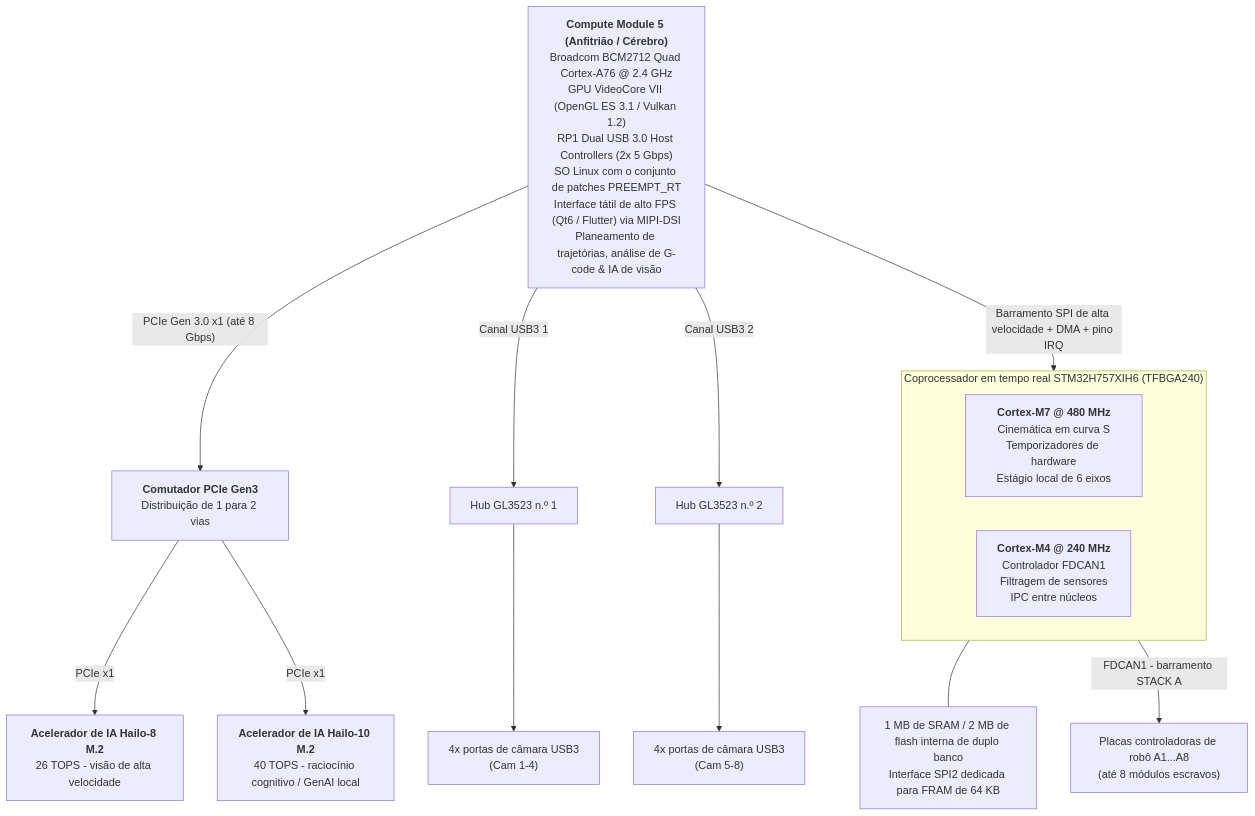
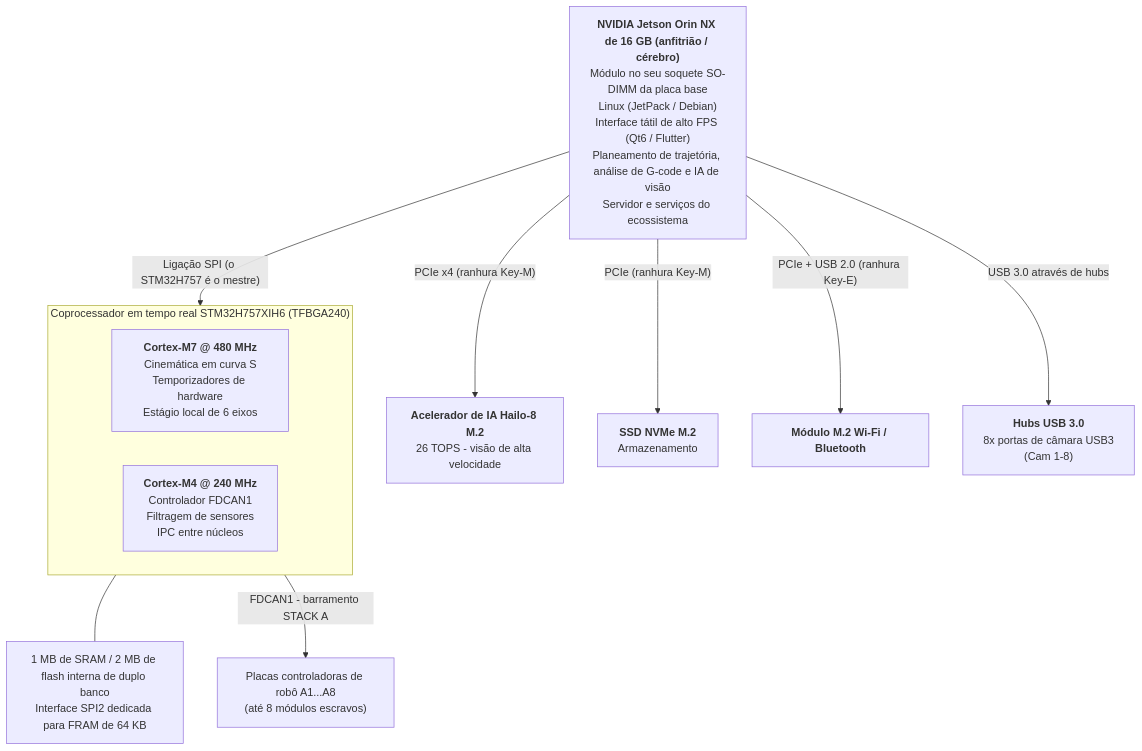
The first of 3 diagrams in README_por.md (JuanenRac/HYDRA-UMC), drawn with Mermaid before and after one commit. The commit also changed other lines of this file and 8 other files, not shown here.

Commit message:
Draw the Jetson baseboard in the README block diagram and feature list

````diff
--- a/README_por.md
+++ b/README_por.md
@@ -93,24 +95,21 @@
 ```mermaid
 flowchart TB
-    CM5["<b>Compute Module 5 (Anfitrião / Cérebro)</b><br/>Broadcom BCM2712 Quad Cortex-A76 @ 2.4 GHz<br/>GPU VideoCore VII (OpenGL ES 3.1 / Vulkan 1.2)<br/>RP1 Dual USB 3.0 Host Controllers (2x 5 Gbps)<br/>SO Linux com o conjunto de patches PREEMPT_RT<br/>Interface tátil de alto FPS (Qt6 / Flutter) via MIPI-DSI<br/>Planeamento de trajetórias, análise de G-code &amp; IA de visão"]
+    JETSON["<b>NVIDIA Jetson Orin NX de 16 GB (anfitrião / cérebro)</b><br/>Módulo no seu soquete SO-DIMM da placa base<br/>Linux (JetPack / Debian)<br/>Interface tátil de alto FPS (Qt6 / Flutter)<br/>Planeamento de trajetória, análise de G-code e IA de visão<br/>Servidor e serviços do ecossistema"]
 
-    CM5 -- "PCIe Gen 3.0 x1 (até 8 Gbps)" --> PCIESW["<b>Comutador PCIe Gen3</b><br/>Distribuição de 1 para 2 vias"]
-    PCIESW -- "PCIe x1" --> HAILO8["<b>Acelerador de IA Hailo-8 M.2</b><br/>26 TOPS - visão de alta velocidade"]
-    PCIESW -- "PCIe x1" --> HAILO10["<b>Acelerador de IA Hailo-10 M.2</b><br/>40 TOPS - raciocínio cognitivo / GenAI local"]
-    CM5 -- "Canal USB3 1" --> HUB1["Hub GL3523 n.º 1"]
-    CM5 -- "Canal USB3 2" --> HUB2["Hub GL3523 n.º 2"]
-    HUB1 --> CAM14["4x portas de câmara USB3<br/>(Cam 1-4)"]
-    HUB2 --> CAM58["4x portas de câmara USB3<br/>(Cam 5-8)"]
+    JETSON -- "PCIe x4 (ranhura Key-M)" --> HAILO8["<b>Acelerador de IA Hailo-8 M.2</b><br/>26 TOPS - visão de alta velocidade"]
+    JETSON -- "PCIe (ranhura Key-M)" --> NVME["<b>SSD NVMe M.2</b><br/>Armazenamento"]
+    JETSON -- "PCIe + USB 2.0 (ranhura Key-E)" --> WIFI["<b>Módulo M.2 Wi-Fi / Bluetooth</b>"]
+    JETSON -- "USB 3.0 através de hubs" --> HUBS["<b>Hubs USB 3.0</b><br/>8x portas de câmara USB3<br/>(Cam 1-8)"]
 
-    CM5 -- "Barramento SPI de alta velocidade + DMA + pino IRQ" --> MCU
+    JETSON -- "Ligação SPI (o STM32H757 é o mestre)" --> MCU
 
     subgraph MCU["Coprocessador em tempo real STM32H757XIH6 (TFBGA240)"]
         direction LR
         CM7["<b>Cortex-M7 @ 480 MHz</b><br/>Cinemática em curva S<br/>Temporizadores de hardware<br/>Estágio local de 6 eixos"]
         CM4["<b>Cortex-M4 @ 240 MHz</b><br/>Controlador FDCAN1<br/>Filtragem de sensores<br/>IPC entre núcleos"]
     end
     MEM["1 MB de SRAM / 2 MB de flash interna de duplo banco<br/>Interface SPI2 dedicada para FRAM de 64 KB"]
     MCU --- MEM
 
     MCU -- "FDCAN1 - barramento STACK A" --> ROBOTS["Placas controladoras de robô A1...A8<br/>(até 8 módulos escravos)"]
 ```
````
